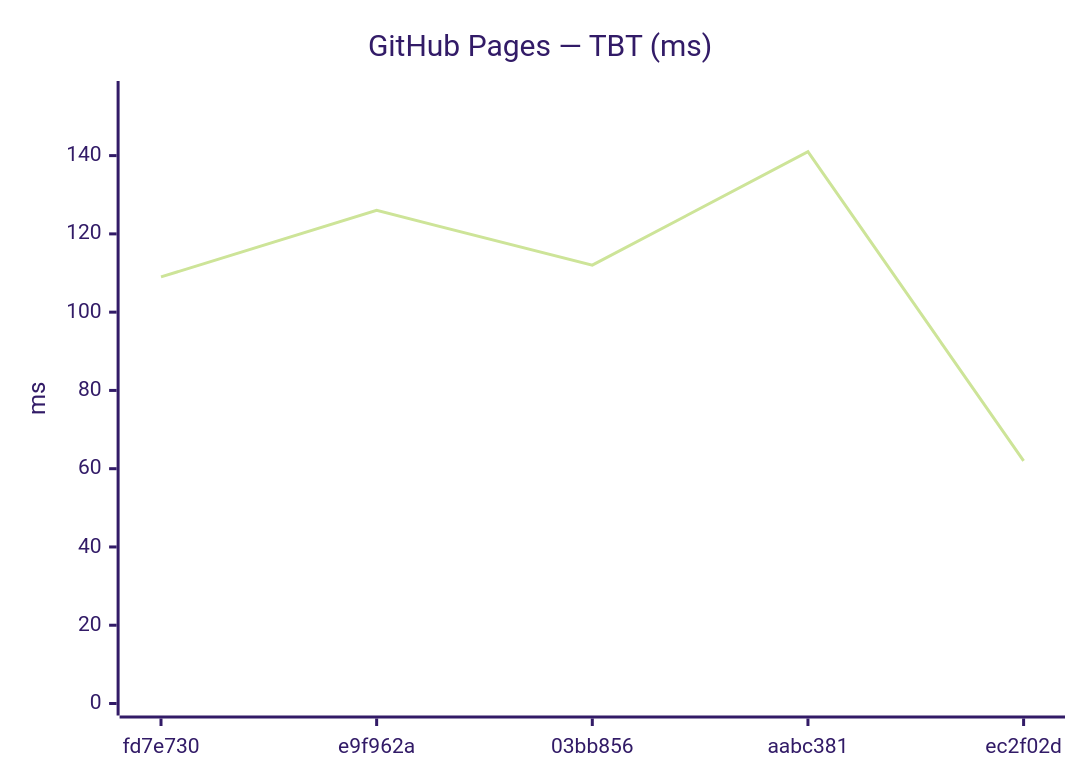
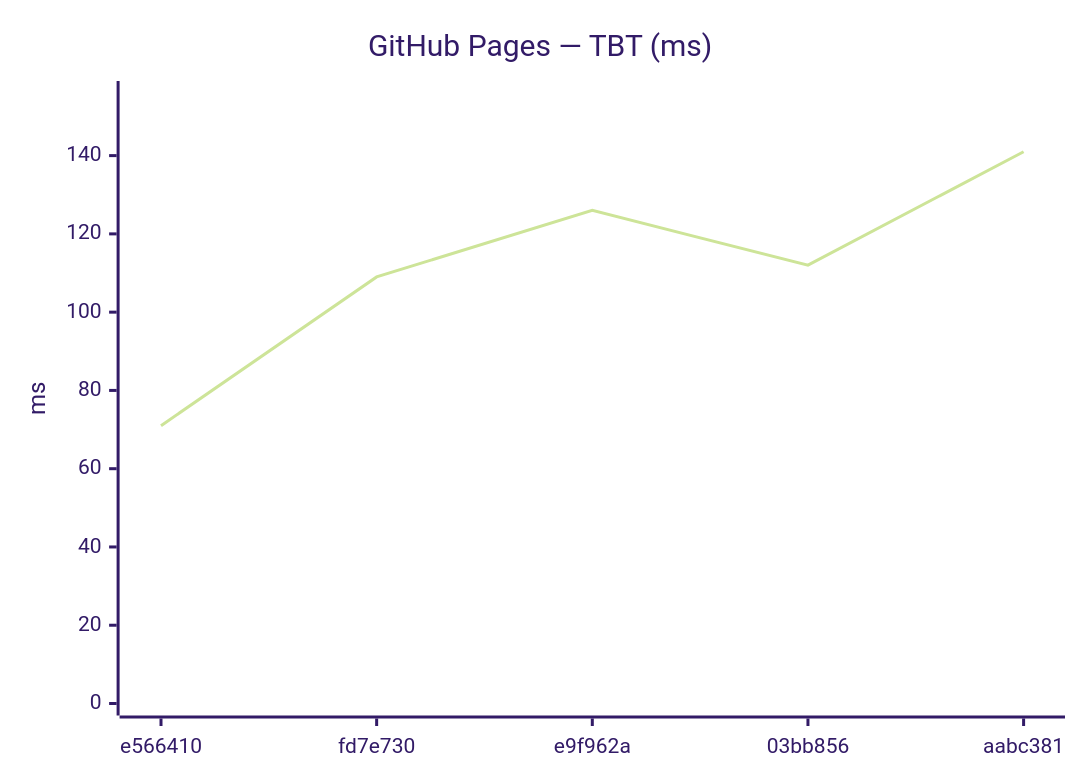
Before and after one commit to Metaheurist/Rianell: the tenth of 18 diagrams in benchmarks/compare.md, drawn with Mermaid (forest theme). The commit also changed other lines of this file and 11 other files, not shown here.

````diff
--- a/benchmarks/compare.md
+++ b/benchmarks/compare.md
@@ -149,7 +149,7 @@
 ```mermaid
 xychart-beta
     title "GitHub Pages — TBT (ms)"
-    x-axis ["fd7e730", "e9f962a", "03bb856", "aabc381", "ec2f02d"]
+    x-axis ["e566410", "fd7e730", "e9f962a", "03bb856", "aabc381"]
     y-axis "ms" 0 --> 156
-    line [109, 126, 112, 141, 62]
+    line [71, 109, 126, 112, 141]
 ```
````
